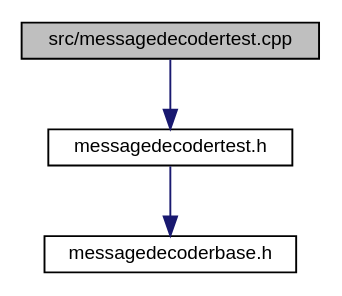
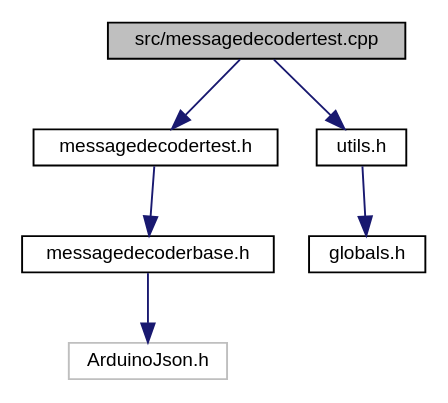
Before and after one commit to fvolcic/fvolcic.github.io: the diagram in messagedecodertest_8cpp__incl.dot, drawn with Graphviz. The commit also changed 130 other files, not shown here.

```diff
--- a/messagedecodertest_8cpp__incl.dot
+++ b/messagedecodertest_8cpp__incl.dot
@@ -1,11 +1,17 @@
 digraph "src/messagedecodertest.cpp"
 {
  // LATEX_PDF_SIZE
   edge [fontname="Helvetica",fontsize="10",labelfontname="Helvetica",labelfontsize="10"];
   node [fontname="Helvetica",fontsize="10",shape=record];
   Node1 [label="src/messagedecodertest.cpp",height=0.2,width=0.4,color="black", fillcolor="grey75", style="filled", fontcolor="black",tooltip="File contains an example message decoder."];
   Node1 -> Node2 [color="midnightblue",fontsize="10",style="solid",fontname="Helvetica"];
   Node2 [label="messagedecodertest.h",height=0.2,width=0.4,color="black", fillcolor="white", style="filled",URL="$messagedecodertest_8h_source.html",tooltip=" "];
   Node2 -> Node3 [color="midnightblue",fontsize="10",style="solid",fontname="Helvetica"];
   Node3 [label="messagedecoderbase.h",height=0.2,width=0.4,color="black", fillcolor="white", style="filled",URL="$messagedecoderbase_8h.html",tooltip="This file contains information regaurding the base class message parser."];
+  Node3 -> Node4 [color="midnightblue",fontsize="10",style="solid",fontname="Helvetica"];
+  Node4 [label="ArduinoJson.h",height=0.2,width=0.4,color="grey75", fillcolor="white", style="filled",tooltip=" "];
+  Node1 -> Node5 [color="midnightblue",fontsize="10",style="solid",fontname="Helvetica"];
+  Node5 [label="utils.h",height=0.2,width=0.4,color="black", fillcolor="white", style="filled",URL="$src_2utils_8h.html",tooltip="Provide some miscellaneous tools for use throughout the code."];
+  Node5 -> Node6 [color="midnightblue",fontsize="10",style="solid",fontname="Helvetica"];
+  Node6 [label="globals.h",height=0.2,width=0.4,color="black", fillcolor="white", style="filled",URL="$src_2globals_8h_source.html",tooltip=" "];
 }
```
